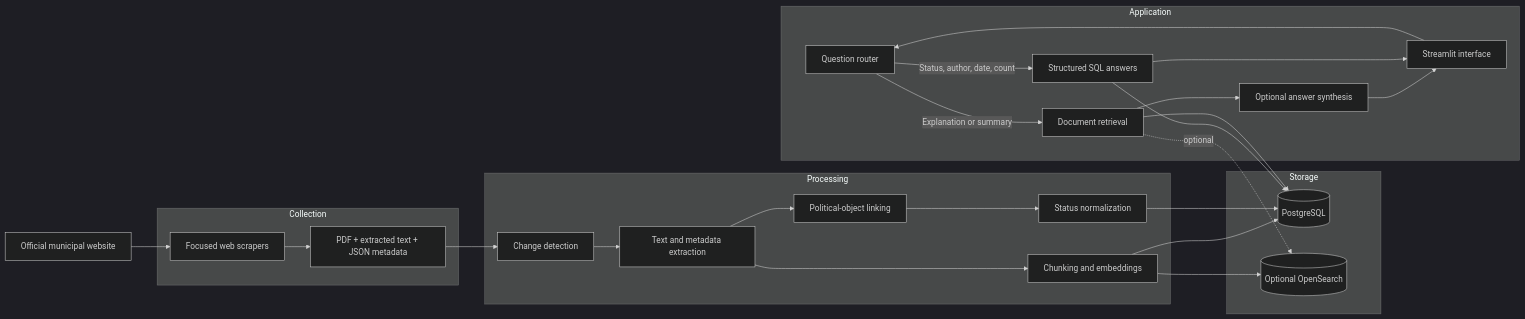
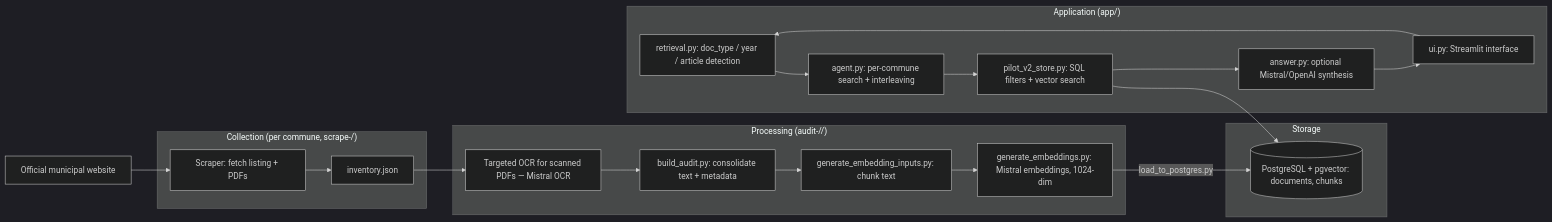
The first of 3 diagrams in SYSTEM_DESIGN.md (Mariutoto/AI-Riviera-2), drawn with Mermaid (dark theme) before and after one commit. The commit also changed other lines of this file and 16 other files, not shown here.

````diff
--- a/SYSTEM_DESIGN.md
+++ b/SYSTEM_DESIGN.md
@@ -30,46 +27,34 @@
 ```mermaid
 flowchart LR
     SITE[Official municipal website]
 
-    subgraph COLLECTION[Collection]
-        SCRAPERS[Focused web scrapers]
-        FILES[PDF + extracted text + JSON metadata]
+    subgraph COLLECTION["Collection (per commune, scrape-<commune>/)"]
+        SCRAPERS[Scraper: fetch listing + PDFs]
+        INVENTORY[inventory.json]
     end
 
-    subgraph PROCESSING[Processing]
-        CHANGE[Change detection]
-        EXTRACT[Text and metadata extraction]
-        CHUNK[Chunking and embeddings]
-        OBJECTS[Political-object linking]
-        STATUS[Status normalization]
+    subgraph PROCESSING["Processing (audit-<commune>/<category>/)"]
+        OCR[Targeted OCR for scanned PDFs — Mistral OCR]
+        AUDIT[build_audit.py: consolidate text + metadata]
+        CHUNK[generate_embedding_inputs.py: chunk text]
+        EMBED[generate_embeddings.py: Mistral embeddings, 1024-dim]
     end
 
-    subgraph STORAGE[Storage]
-        PG[(PostgreSQL)]
-        SEARCH[(Optional OpenSearch)]
+    subgraph STORAGE["Storage"]
+        PG[(PostgreSQL + pgvector: documents, chunks)]
     end
 
-    subgraph APPLICATION[Application]
-        ROUTER[Question router]
-        SQL[Structured SQL answers]
-        RAG[Document retrieval]
-        LLM[Optional answer synthesis]
-        UI[Streamlit interface]
+    subgraph APPLICATION["Application (app/)"]
+        RETRIEVAL[retrieval.py: doc_type / year / article detection]
+        AGENT[agent.py: per-commune search + interleaving]
+        STORE[pilot_v2_store.py: SQL filters + vector search]
+        ANSWER[answer.py: optional Mistral/OpenAI synthesis]
+        UI[ui.py: Streamlit interface]
     end
 
-    SITE --> SCRAPERS --> FILES --> CHANGE
-    CHANGE --> EXTRACT
-    EXTRACT --> CHUNK
-    EXTRACT --> OBJECTS --> STATUS
-    CHUNK --> PG
-    CHUNK --> SEARCH
-    STATUS --> PG
+    SITE --> SCRAPERS --> INVENTORY --> OCR --> AUDIT --> CHUNK --> EMBED
+    EMBED -->|load_to_postgres.py| PG
 
-    UI --> ROUTER
-    ROUTER -->|Status, author, date, count| SQL --> PG
-    ROUTER -->|Explanation or summary| RAG
-    RAG --> PG
-    RAG -. optional .-> SEARCH
-    RAG --> LLM --> UI
-    SQL --> UI
+    UI --> RETRIEVAL --> AGENT --> STORE --> PG
+    STORE --> ANSWER --> UI
 ```
````
